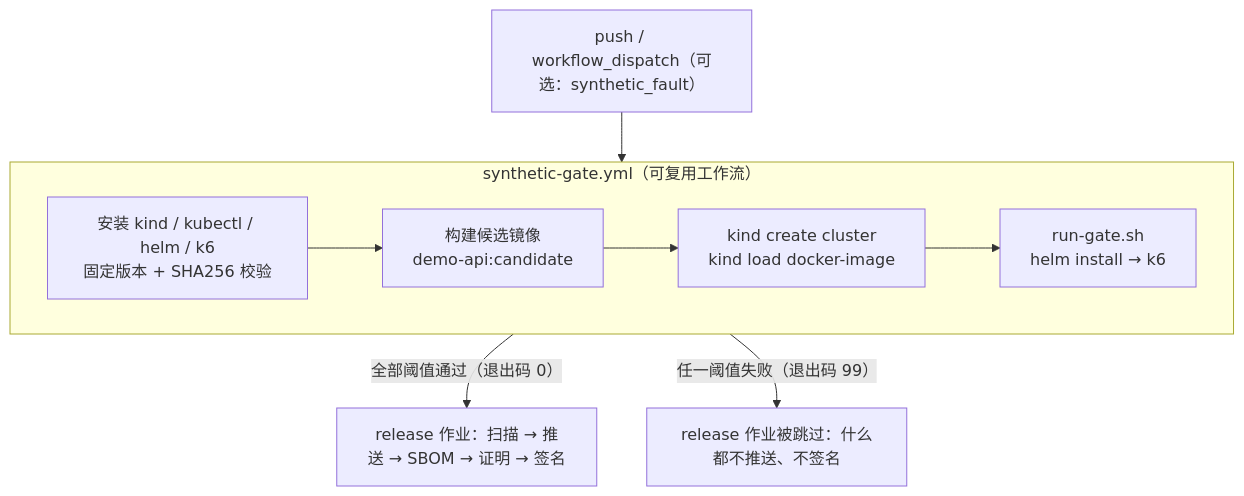
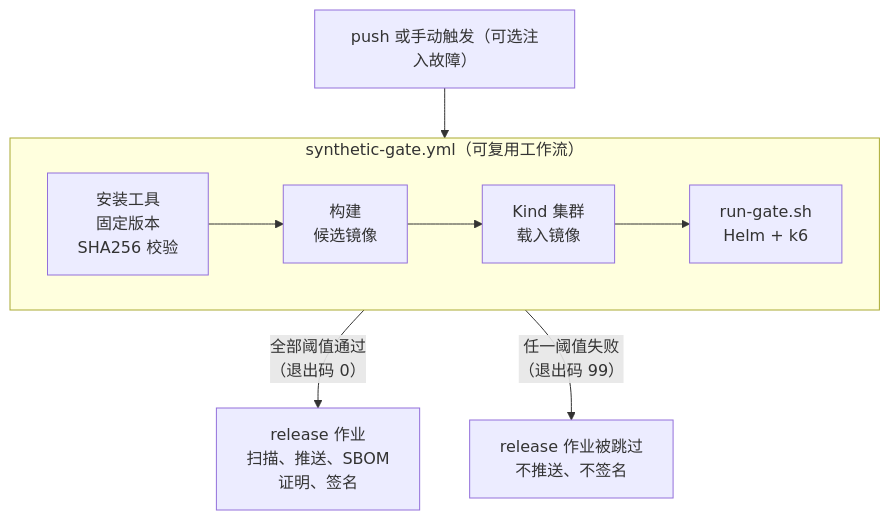
One commit to miku-wwl/devops-delivery changed the diagram in manual/chapters/11-p9-synthetic-gate.md. Above: the diagram before and after it, drawn with Mermaid. The commit also changed other lines of this file and 28 other files, not shown here.

````diff
--- a/manual/chapters/11-p9-synthetic-gate.md
+++ b/manual/chapters/11-p9-synthetic-gate.md
@@ -89,12 +89,10 @@
 ```{.mermaid caption="发布流水线：合成测试门禁成为发布作业的前置条件"}
 flowchart TB
-  P["push / workflow_dispatch（可选：synthetic_fault）"] --> G
+  P["push 或手动触发（可选注入故障）"] --> G
   subgraph G["synthetic-gate.yml（可复用工作流）"]
     direction LR
-    T["安装 kind / kubectl / helm / k6<br/>固定版本 + SHA256 校验"] --> B["构建候选镜像<br/>demo-api:candidate"]
-    B --> K["kind create cluster<br/>kind load docker-image"]
-    K --> R["run-gate.sh<br/>helm install → k6"]
+    T["安装工具<br/>固定版本<br/>SHA256 校验"] --> B["构建<br/>候选镜像"] --> K["Kind 集群<br/>载入镜像"] --> R["run-gate.sh<br/>Helm + k6"]
   end
-  G -- "全部阈值通过（退出码 0）" --> REL["release 作业：扫描 → 推送 → SBOM → 证明 → 签名"]
-  G -- "任一阈值失败（退出码 99）" --> X["release 作业被跳过：什么都不推送、不签名"]
+  G -- "全部阈值通过<br/>（退出码 0）" --> REL["release 作业<br/>扫描、推送、SBOM<br/>证明、签名"]
+  G -- "任一阈值失败<br/>（退出码 99）" --> X["release 作业被跳过<br/>不推送、不签名"]
 ```
````
